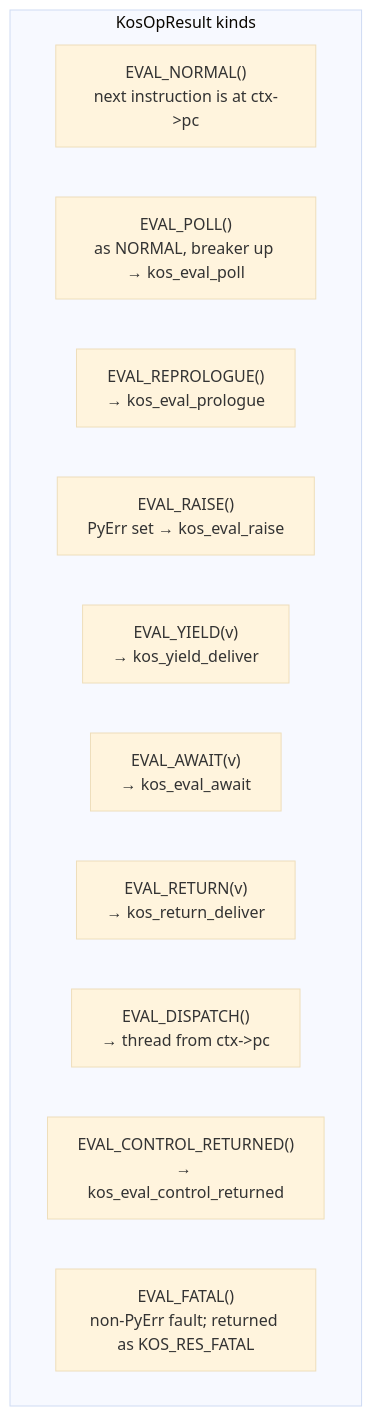
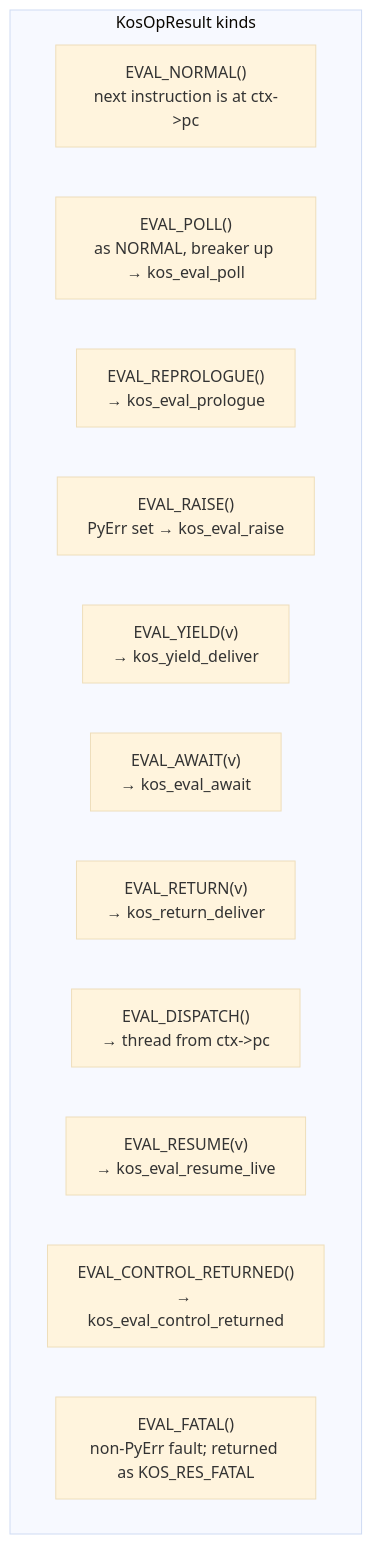
The eighth of 12 diagrams in design/EVALUATOR.md (koskari-lang/koskari), drawn with Mermaid (base theme) before and after one commit. The commit also changed other lines of this file and 16 other files, not shown here.

````diff
--- a/design/EVALUATOR.md
+++ b/design/EVALUATOR.md
@@ -632,15 +651,16 @@
 ```mermaid
 flowchart TD
     subgraph opcode_return["KosOpResult kinds"]
         rn["EVAL_NORMAL()<br/>next instruction is at ctx->pc"]
         rp["EVAL_POLL()<br/>as NORMAL, breaker up → kos_eval_poll"]
         rr["EVAL_REPROLOGUE()<br/>→ kos_eval_prologue"]
         re["EVAL_RAISE()<br/>PyErr set → kos_eval_raise"]
         ry["EVAL_YIELD(v)<br/>→ kos_yield_deliver"]
         ra["EVAL_AWAIT(v)<br/>→ kos_eval_await"]
         rret["EVAL_RETURN(v)<br/>→ kos_return_deliver"]
         rd["EVAL_DISPATCH()<br/>→ thread from ctx->pc"]
+        rs["EVAL_RESUME(v)<br/>→ kos_eval_resume_live"]
         rc["EVAL_CONTROL_RETURNED()<br/>→ kos_eval_control_returned"]
         rf["EVAL_FATAL()<br/>non-PyErr fault; returned as KOS_RES_FATAL"]
     end
 ```
````
